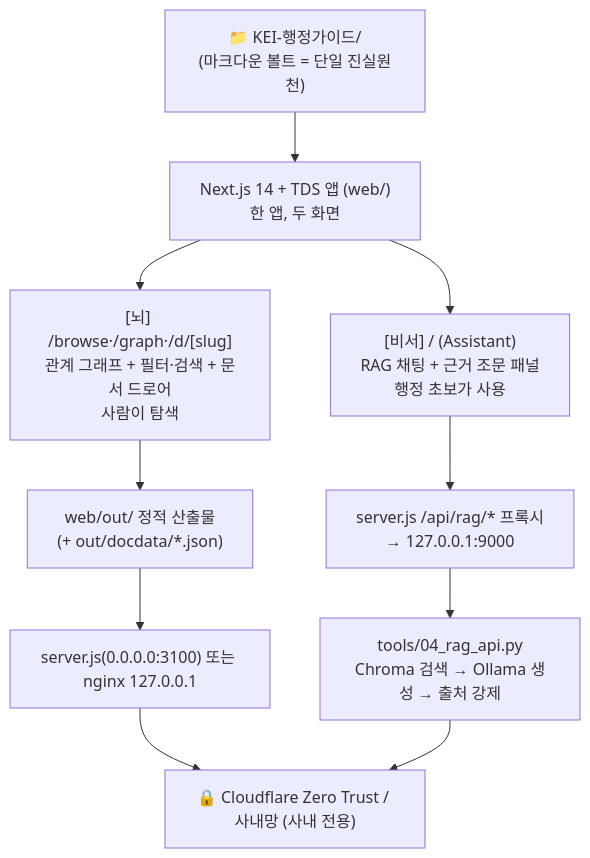
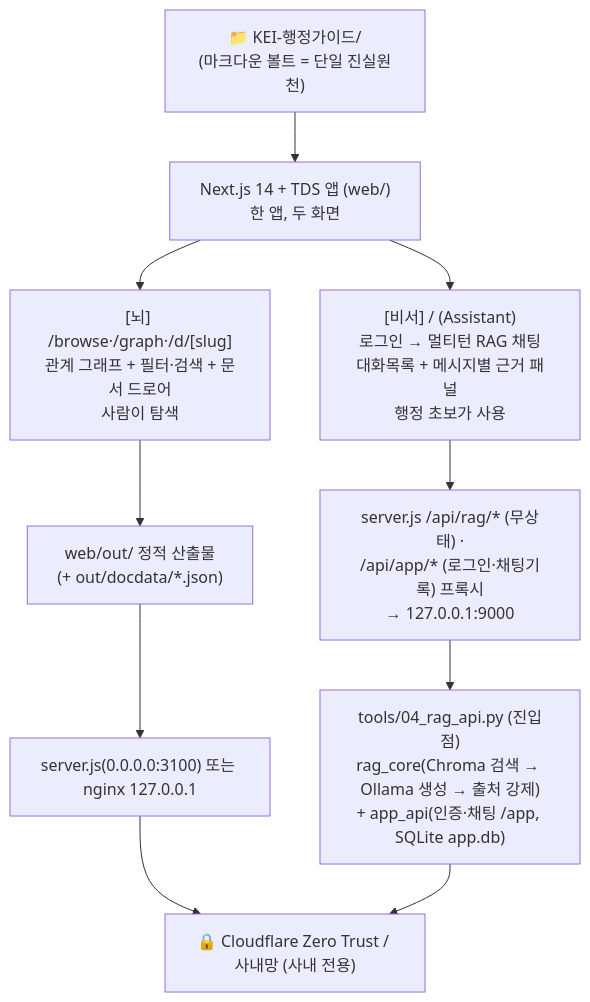
One commit to mooner92/KEIAdminSuperv changed the first of 3 diagrams in README.md. Above: the diagram before and after it, drawn with Mermaid. The commit also changed other lines of this file and 4 other files, not shown here.

First line of the commit message:
docs: 로그인·채팅기록·멀티턴·메시지별 근거 반영(아키텍처·배포·디자인)

````diff
--- a/README.md
+++ b/README.md
@@ -35,17 +35,17 @@
 ```mermaid
 flowchart TD
     Vault["📁 KEI-행정가이드/<br/>(마크다운 볼트 = 단일 진실원천)"]
 
     Vault --> App["Next.js 14 + TDS 앱 (web/)<br/>한 앱, 두 화면"]
 
     App --> Brain["[뇌] /browse·/graph·/d/[slug]<br/>관계 그래프 + 필터·검색 + 문서 드로어<br/>사람이 탐색"]
-    App --> Assistant["[비서] / (Assistant)<br/>RAG 채팅 + 근거 조문 패널<br/>행정 초보가 사용"]
+    App --> Assistant["[비서] / (Assistant)<br/>로그인 → 멀티턴 RAG 채팅<br/>대화목록 + 메시지별 근거 패널<br/>행정 초보가 사용"]
 
     Brain --> Static["web/out/ 정적 산출물<br/>(+ out/docdata/*.json)"]
-    Assistant --> Proxy["server.js /api/rag/* 프록시<br/>→ 127.0.0.1:9000"]
-    Proxy --> RAG["tools/04_rag_api.py<br/>Chroma 검색 → Ollama 생성 → 출처 강제"]
+    Assistant --> Proxy["server.js /api/rag/* (무상태) ·<br/>/api/app/* (로그인·채팅기록) 프록시<br/>→ 127.0.0.1:9000"]
+    Proxy --> RAG["tools/04_rag_api.py (진입점)<br/>rag_core(Chroma 검색 → Ollama 생성 → 출처 강제)<br/>+ app_api(인증·채팅 /app, SQLite app.db)"]
 
     Static --> Serve["server.js(0.0.0.0:3100) 또는 nginx 127.0.0.1"]
     Serve --> ZT["🔒 Cloudflare Zero Trust / 사내망 (사내 전용)"]
     RAG --> ZT
 ```
````
